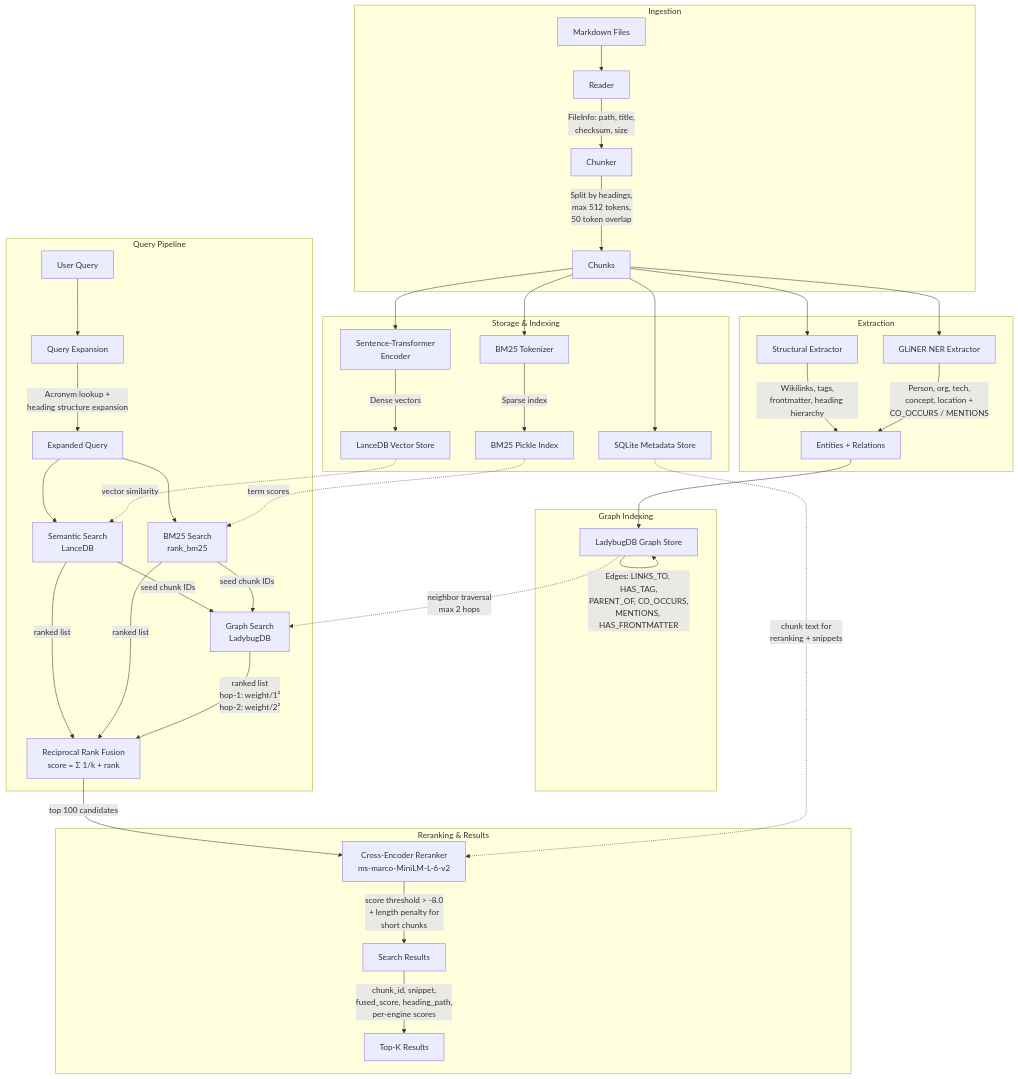
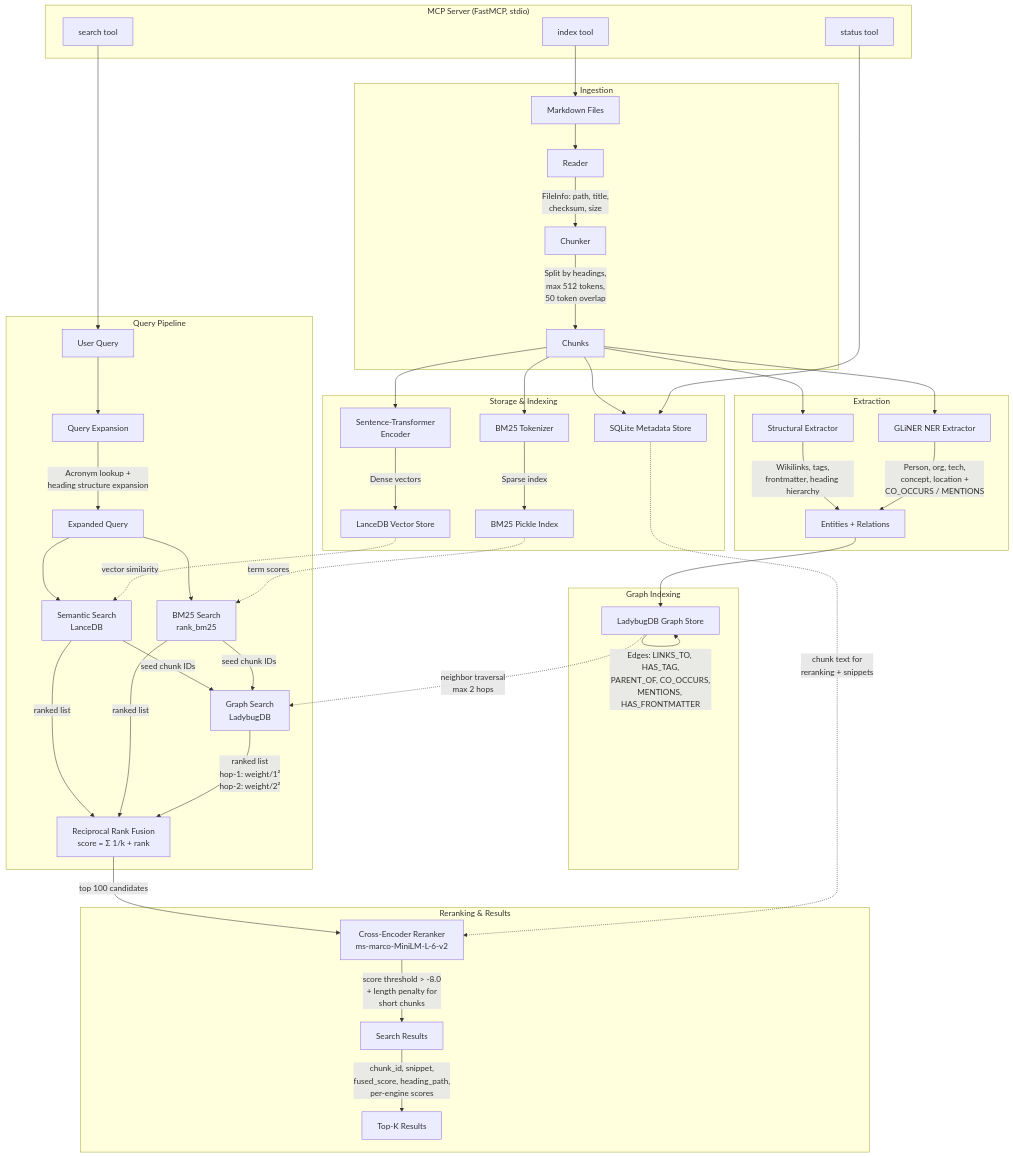
Before and after one commit to inventivepotter/dotmd: the diagram in docs/architecture.md, drawn with Mermaid. The commit also changed other lines of this file and 2 other files, not shown here.

````diff
--- a/docs/architecture.md
+++ b/docs/architecture.md
@@ -5,55 +5,61 @@
 ```mermaid
 flowchart TD
     subgraph Ingestion
         A[Markdown Files] --> B[Reader]
         B -->|FileInfo: path, title,\nchecksum, size| C[Chunker]
         C -->|Split by headings,\nmax 512 tokens,\n50 token overlap| D[Chunks]
     end
 
     subgraph Storage["Storage & Indexing"]
         D --> E[SQLite Metadata Store]
         D --> F[Sentence-Transformer\nEncoder]
         F -->|Dense vectors| G[LanceDB Vector Store]
         D --> H[BM25 Tokenizer]
         H -->|Sparse index| I[BM25 Pickle Index]
     end
 
     subgraph Extraction
         D --> J[Structural Extractor]
         J -->|Wikilinks, tags,\nfrontmatter, heading hierarchy| L[Entities + Relations]
         D --> K[GLiNER NER Extractor]
         K -->|Person, org, tech,\nconcept, location +\nCO_OCCURS / MENTIONS| L
     end
 
     subgraph GraphStorage["Graph Indexing"]
         L --> M[LadybugDB Graph Store]
         M -->|Nodes: File, Section,\nEntity, Tag| M
         M -->|Edges: LINKS_TO, HAS_TAG,\nPARENT_OF, CO_OCCURS,\nMENTIONS, HAS_FRONTMATTER| M
     end
 
     subgraph Query["Query Pipeline"]
         Q[User Query] --> QE[Query Expansion]
         QE -->|Acronym lookup +\nheading structure expansion| QX[Expanded Query]
 
         QX --> S1[Semantic Search\nLanceDB]
         QX --> S2[BM25 Search\nrank_bm25]
 
         S1 -->|seed chunk IDs| S3[Graph Search\nLadybugDB]
         S2 -->|seed chunk IDs| S3
 
         S1 -->|ranked list| RRF[Reciprocal Rank Fusion\nscore = Σ 1/k + rank]
         S2 -->|ranked list| RRF
         S3 -->|ranked list\nhop-1: weight/1²\nhop-2: weight/2²| RRF
     end
 
     subgraph Rerank["Reranking & Results"]
         RRF -->|top 100 candidates| RR[Cross-Encoder Reranker\nms-marco-MiniLM-L-6-v2]
         RR -->|score threshold > -8.0\n+ length penalty for\nshort chunks| SR[Search Results]
         SR -->|chunk_id, snippet,\nfused_score, heading_path,\nper-engine scores| OUT[Top-K Results]
     end
 
     G -.->|vector similarity| S1
     I -.->|term scores| S2
     M -.->|neighbor traversal\nmax 2 hops| S3
     E -.->|chunk text for\nreranking + snippets| RR
+
+    subgraph MCP["MCP Server (FastMCP, stdio)"]
+        MCP_S[search tool] --> Q
+        MCP_I[index tool] --> A
+        MCP_ST[status tool] --> E
+    end
 ```
````
